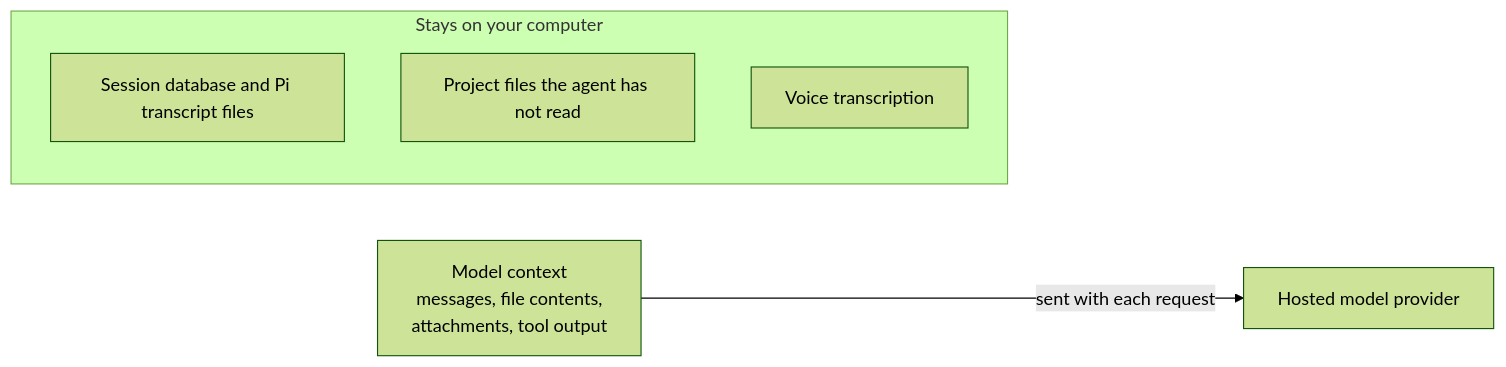
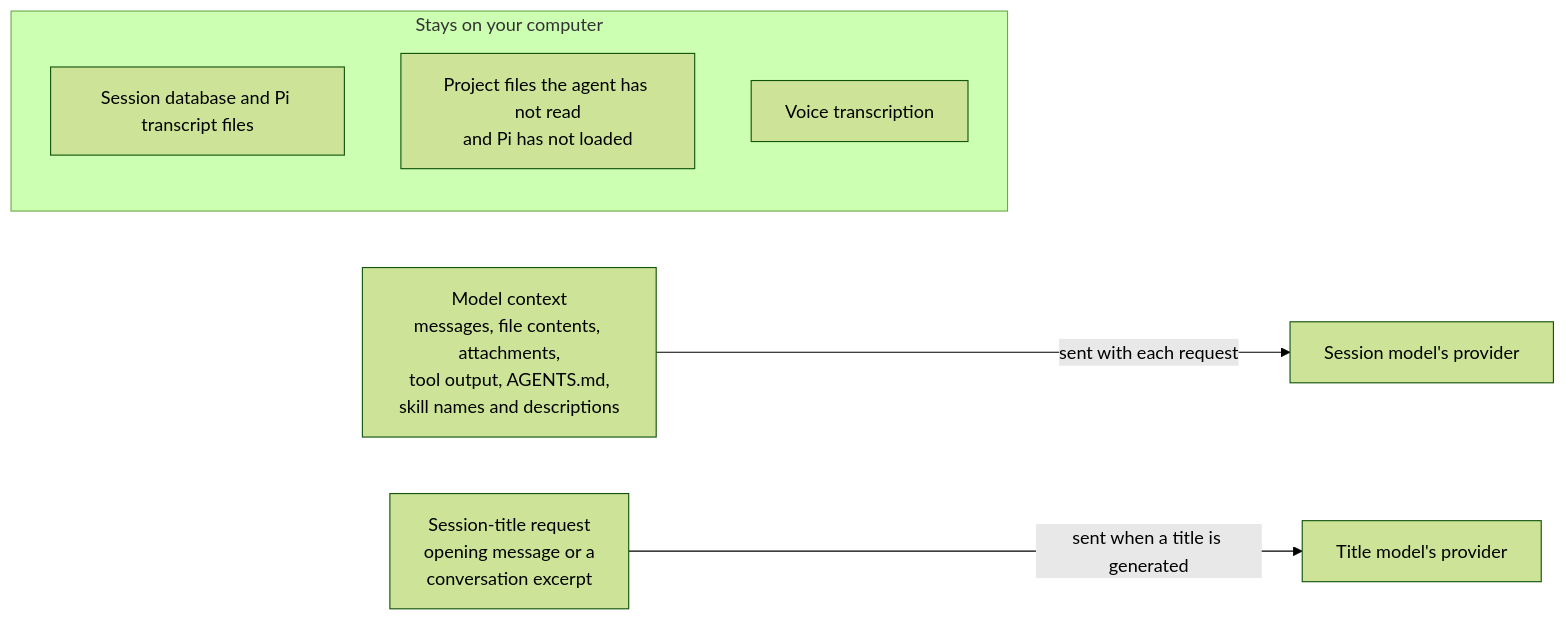
One commit to OpenWaggle/OpenWaggle changed the diagram in website/src/content/docs/configuration/security-privacy.md. Above: the diagram before and after it, drawn with Mermaid (forest theme). The commit also changed other lines of this file and 12 other files, not shown here.

First line of the commit message:
docs(website): correct diagrams and claims found in the docs review

````diff
--- a/website/src/content/docs/configuration/security-privacy.md
+++ b/website/src/content/docs/configuration/security-privacy.md
@@ -12,11 +12,15 @@
 ```mermaid
+%% alt: What stays on your computer, and the two requests that go to model providers
 flowchart LR
   subgraph local["Stays on your computer"]
     db["Session database and Pi transcript files"]
-    files["Project files the agent has not read"]
+    files["Project files the agent has not read<br/>and Pi has not loaded"]
     voice["Voice transcription"]
   end
-  context["Model context<br/>messages, file contents,<br/>attachments, tool output"]
-  provider["Hosted model provider"]
+  context["Model context<br/>messages, file contents, attachments,<br/>tool output, AGENTS.md,<br/>skill names and descriptions"]
+  provider["Session model's provider"]
+  title["Session-title request<br/>opening message or a<br/>conversation excerpt"]
+  titleProvider["Title model's provider"]
   context -->|"sent with each request"| provider
+  title -->|"sent when a title is generated"| titleProvider
 ```
````
